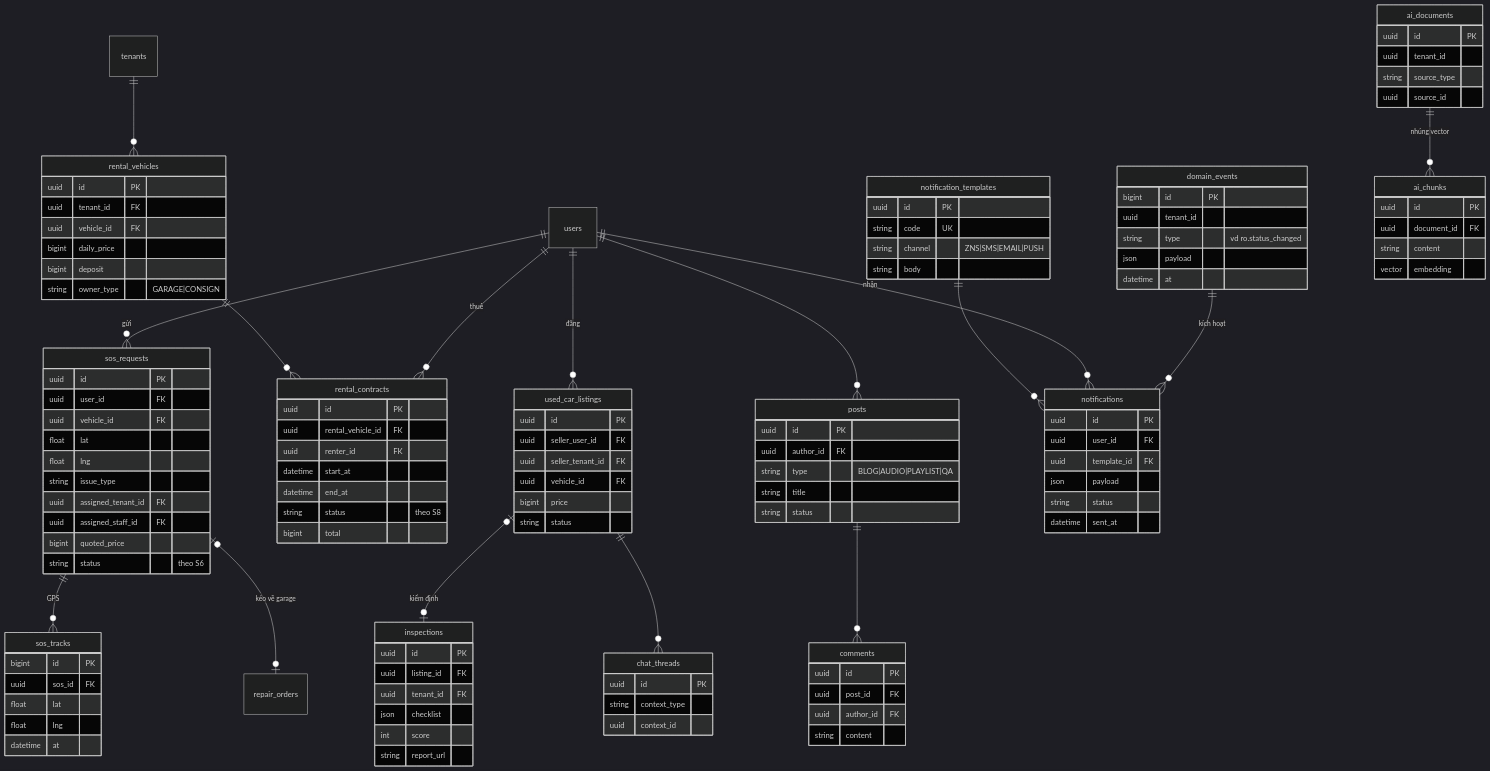
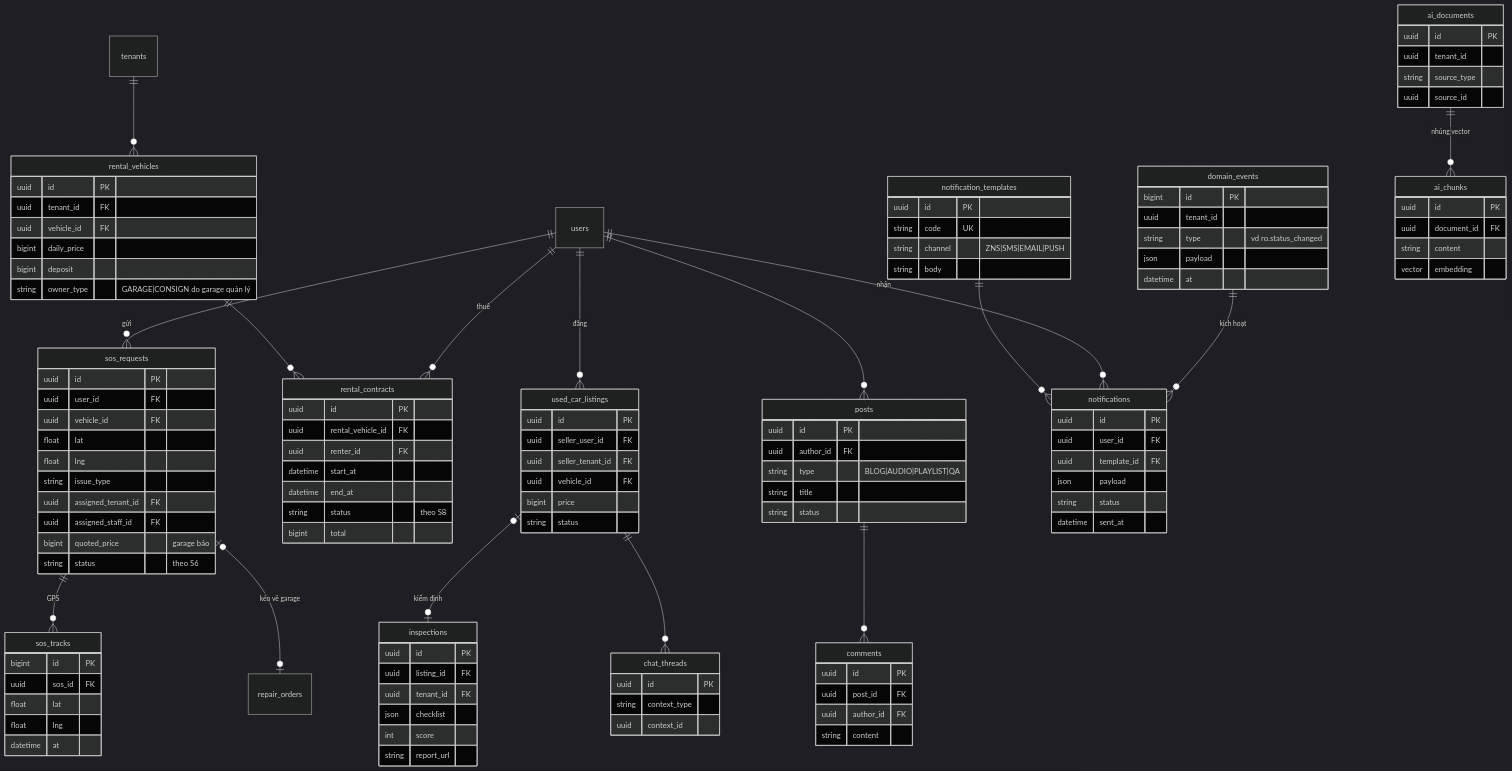
Before and after one commit to south93/cardiy-crm: the fifth of 5 diagrams in docs/06-mo-hinh-du-lieu.md, drawn with Mermaid (dark theme). The commit also changed other lines of this file and 9 other files, not shown here.

```diff
--- a/docs/06-mo-hinh-du-lieu.md
+++ b/docs/06-mo-hinh-du-lieu.md
@@ -449,7 +427,7 @@
     string issue_type
     uuid assigned_tenant_id FK
     uuid assigned_staff_id FK
-    bigint quoted_price
+    bigint quoted_price "garage báo"
     string status "theo S6" }
   sos_tracks { bigint id PK
     uuid sos_id FK
@@ -461,7 +439,7 @@
     uuid vehicle_id FK
     bigint daily_price
     bigint deposit
-    string owner_type "GARAGE|CONSIGN" }
+    string owner_type "GARAGE|CONSIGN do garage quản lý" }
   rental_contracts { uuid id PK
     uuid rental_vehicle_id FK
     uuid renter_id FK
```
